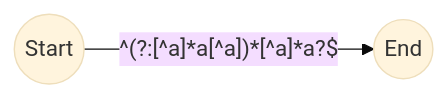
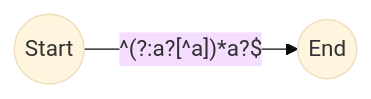
Diagram 20 of 20 in regexp/20220102.md (tdzl2003/leetcode_live), drawn with Mermaid (base theme) before and after one commit. The commit also changed other lines of this file, not shown here.

````diff
--- a/regexp/20220102.md
+++ b/regexp/20220102.md
@@ -122,6 +254,6 @@
 ```mermaid
 graph LR
     Start((Start))
     End((End))
-    Start -- "^(?:[^a]*a[^a])*[^a]*a?$" --> End
+    Start -- "^(?:a?[^a])*a?$" --> End
 ```
````
